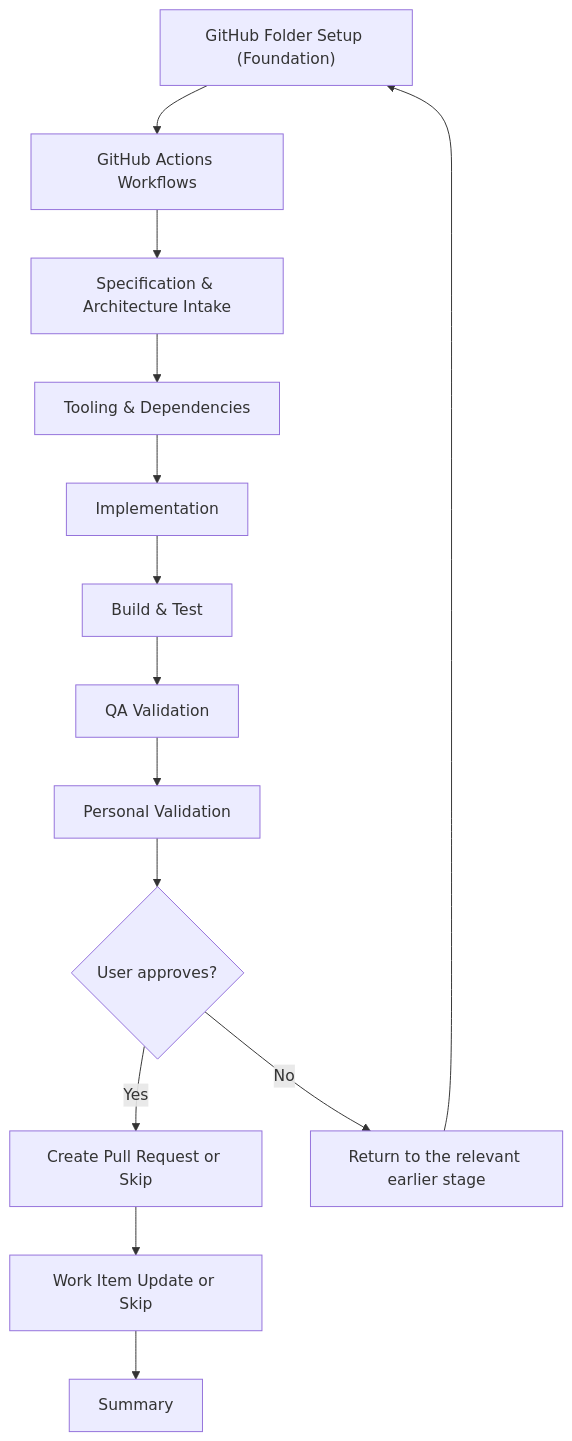
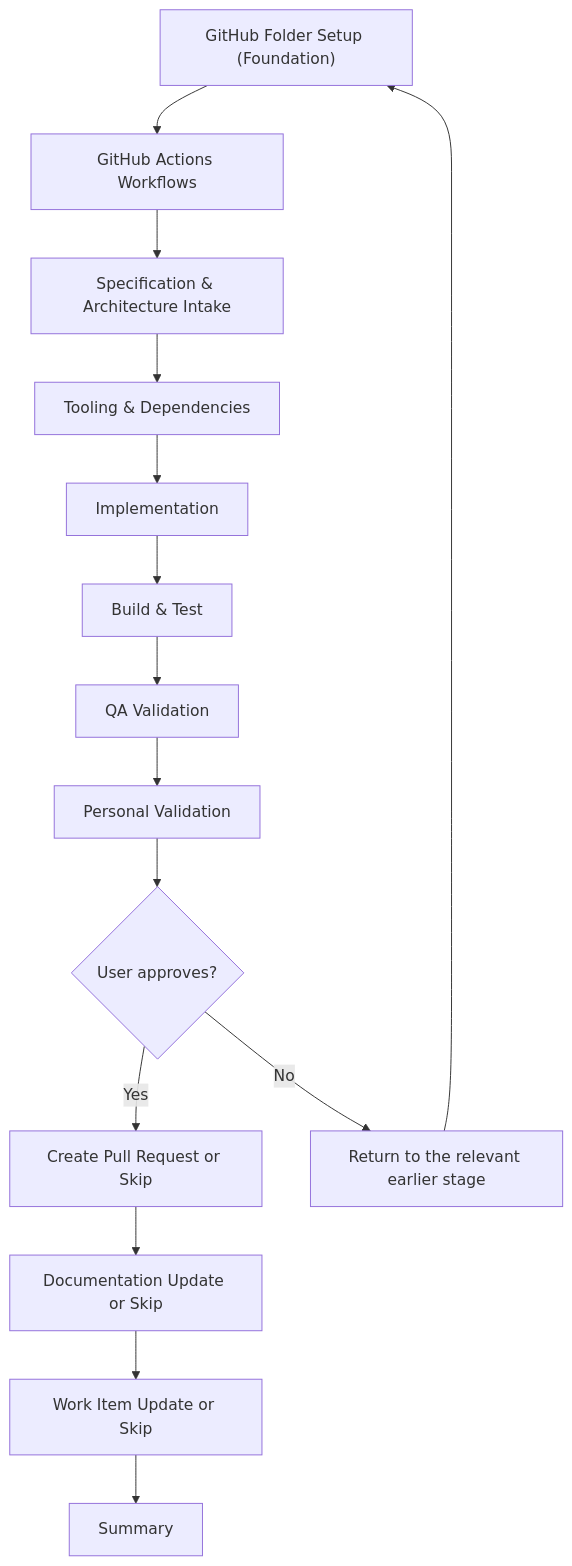
Before and after one commit to JSdotNet/ai-agent-stack: the second of 16 diagrams in plugins/delivery/FLOW-DIAGRAMS.md, drawn with Mermaid. The commit also changed other lines of this file and 10 other files, not shown here.

First line of the commit message:
Draw the phases the flows actually run

````diff
--- a/plugins/delivery/FLOW-DIAGRAMS.md
+++ b/plugins/delivery/FLOW-DIAGRAMS.md
@@ -50,16 +50,17 @@
 ```mermaid
 flowchart TD
     A["GitHub Folder Setup (Foundation)"] --> B["GitHub Actions Workflows"]
     B --> C["Specification & Architecture Intake"]
     C --> D["Tooling & Dependencies"]
     D --> E["Implementation"]
     E --> F["Build & Test"]
     F --> G["QA Validation"]
     G --> H["Personal Validation"]
     H --> I{User approves?}
     I -->|Yes| J["Create Pull Request or Skip"]
     I -->|No| K["Return to the relevant earlier stage"]
     K --> A
-    J --> U["Work Item Update or Skip"]
+    J --> DU["Documentation Update or Skip"]
+    DU --> U["Work Item Update or Skip"]
     U --> L["Summary"]
 ```
````
